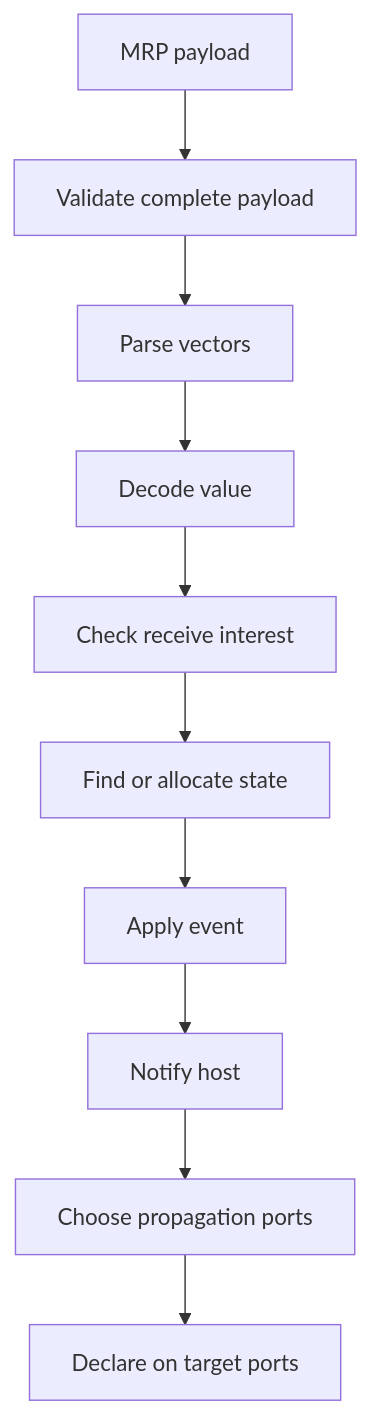
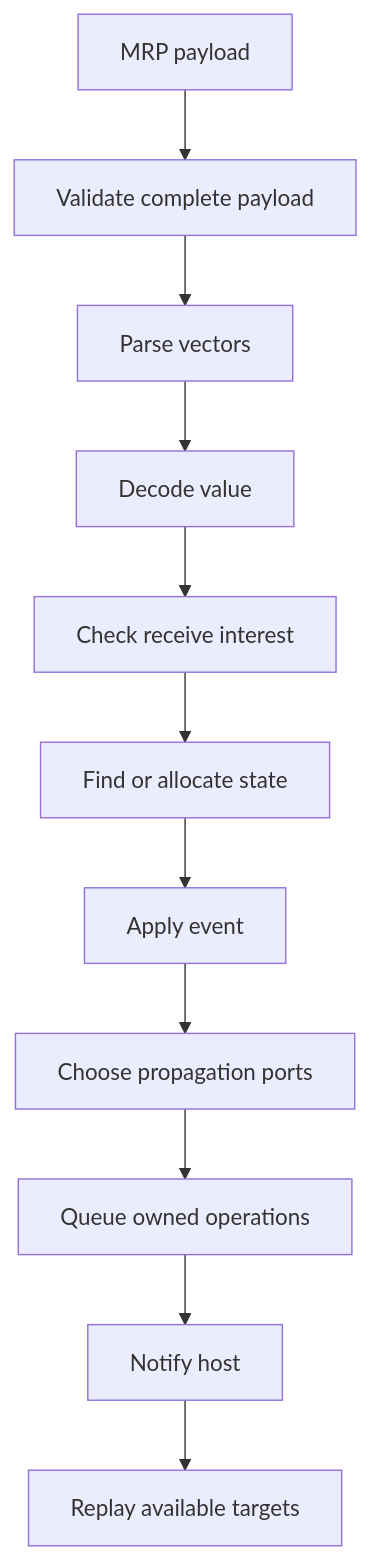
One commit to kebag-logic/lwSRP changed the second of 3 diagrams in doc/architecture.md. Above: the diagram before and after it, drawn with Mermaid. The commit also changed other lines of this file and 21 other files, not shown here.

```diff
--- a/doc/architecture.md
+++ b/doc/architecture.md
@@ -35,12 +35,13 @@
 ~~~mermaid
 flowchart TD
     Payload[MRP payload] --> Validate[Validate complete payload]
     Validate --> Parse[Parse vectors]
     Parse --> Decode[Decode value]
     Decode --> Filter[Check receive interest]
     Filter --> Allocate[Find or allocate state]
     Allocate --> State[Apply event]
-    State --> Notify[Notify host]
-    Notify --> Policy[Choose propagation ports]
-    Policy --> Declare[Declare on target ports]
+    State --> Policy[Choose propagation ports]
+    Policy --> Queue[Queue owned operations]
+    Queue --> Notify[Notify host]
+    Notify --> Declare[Replay available targets]
 ~~~
```
